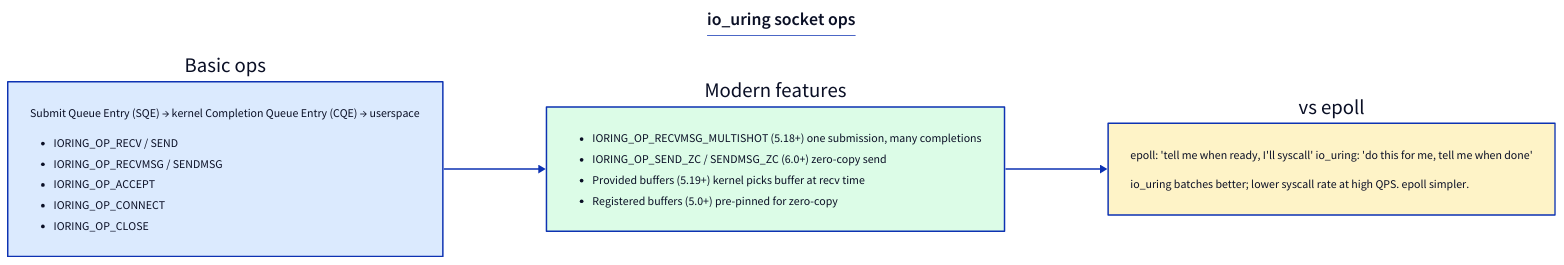
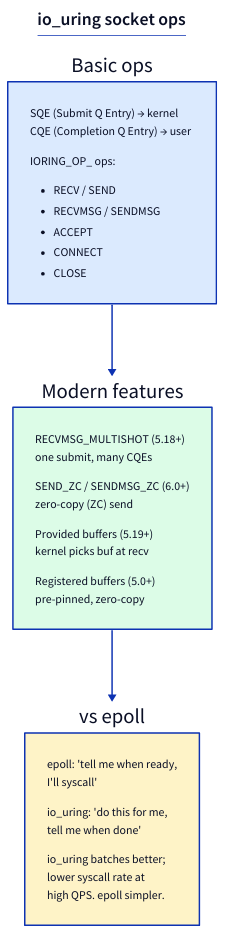
The diagram in linux-net/src/diagrams/src/day28_iouring_net.d2 (biefy/books), drawn with D2 before and after one commit. The commit also changed 208 other files, not shown here.

First line of the commit message:
books: re-render diagrams vertically so text ≈ body size (#64)

```diff
--- a/linux-net/src/diagrams/src/day28_iouring_net.d2
+++ b/linux-net/src/diagrams/src/day28_iouring_net.d2
@@ -1,46 +1,54 @@
-direction: right
+direction: down
 
 title: |md
   ## io_uring socket ops
 | {near: top-center; shape: text}
 
 basic: "Basic ops" {
   style.fill: "#dbeafe"
   b_body: |md
-    Submit Queue Entry (SQE) → kernel
-    Completion Queue Entry (CQE) → userspace
+    SQE (Submit Q Entry) → kernel  
+    CQE (Completion Q Entry) → user
 
-    - IORING_OP_RECV / SEND
-    - IORING_OP_RECVMSG / SENDMSG
-    - IORING_OP_ACCEPT
-    - IORING_OP_CONNECT
-    - IORING_OP_CLOSE
+    IORING_OP_ ops:
+    - RECV / SEND
+    - RECVMSG / SENDMSG
+    - ACCEPT
+    - CONNECT
+    - CLOSE
   |
 }
 
 advanced: "Modern features" {
   style.fill: "#dcfce7"
   a_body: |md
-    - IORING_OP_RECVMSG_MULTISHOT (5.18+)
-      one submission, many completions
-    - IORING_OP_SEND_ZC / SENDMSG_ZC (6.0+)
-      zero-copy send
-    - Provided buffers (5.19+)
-      kernel picks buffer at recv time
-    - Registered buffers (5.0+)
-      pre-pinned for zero-copy
+    RECVMSG_MULTISHOT (5.18+)  
+    one submit, many CQEs
+
+    SEND_ZC / SENDMSG_ZC (6.0+)  
+    zero-copy (ZC) send
+
+    Provided buffers (5.19+)  
+    kernel picks buf at recv
+
+    Registered buffers (5.0+)  
+    pre-pinned, zero-copy
   |
 }
 
 vs: "vs epoll" {
   style.fill: "#fef3c7"
   v_body: |md
-    epoll: 'tell me when ready, I'll syscall'
-    io_uring: 'do this for me, tell me when done'
+    epoll: 'tell me when ready,  
+    I'll syscall'
 
-    io_uring batches better; lower syscall rate
-    at high QPS. epoll simpler.
+    io_uring: 'do this for me,  
+    tell me when done'
+
+    io_uring batches better;  
+    lower syscall rate at  
+    high QPS. epoll simpler.
   |
 }
 
 basic -> advanced -> vs
```
